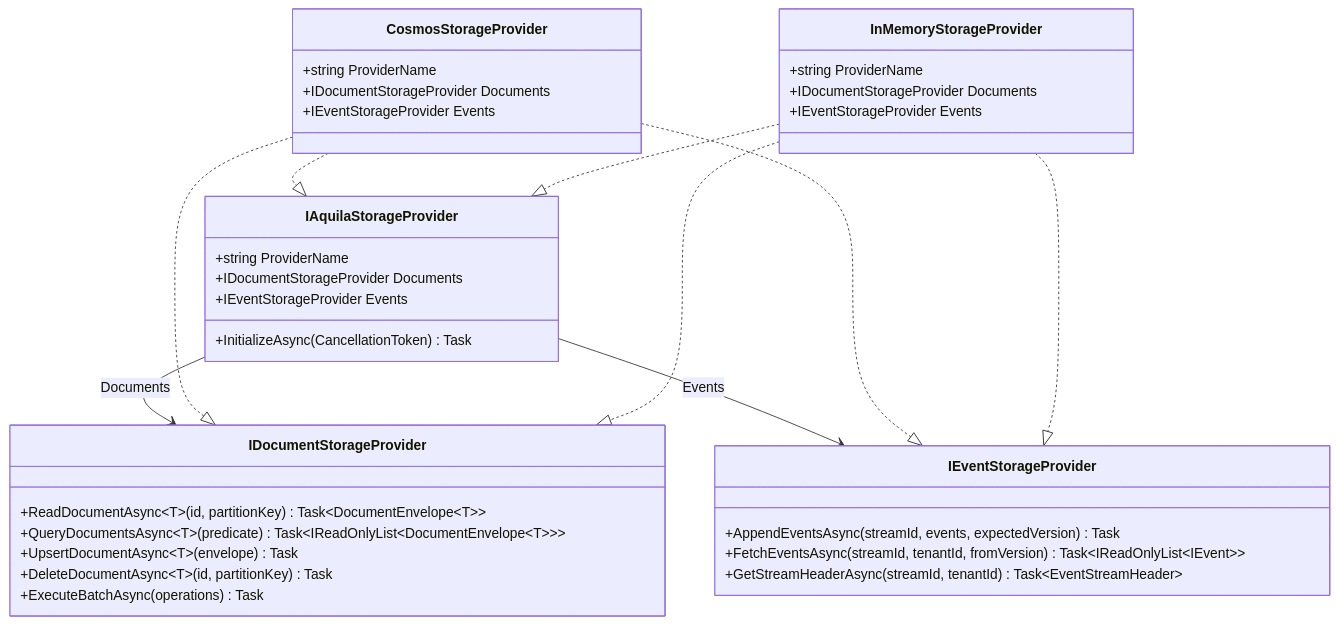
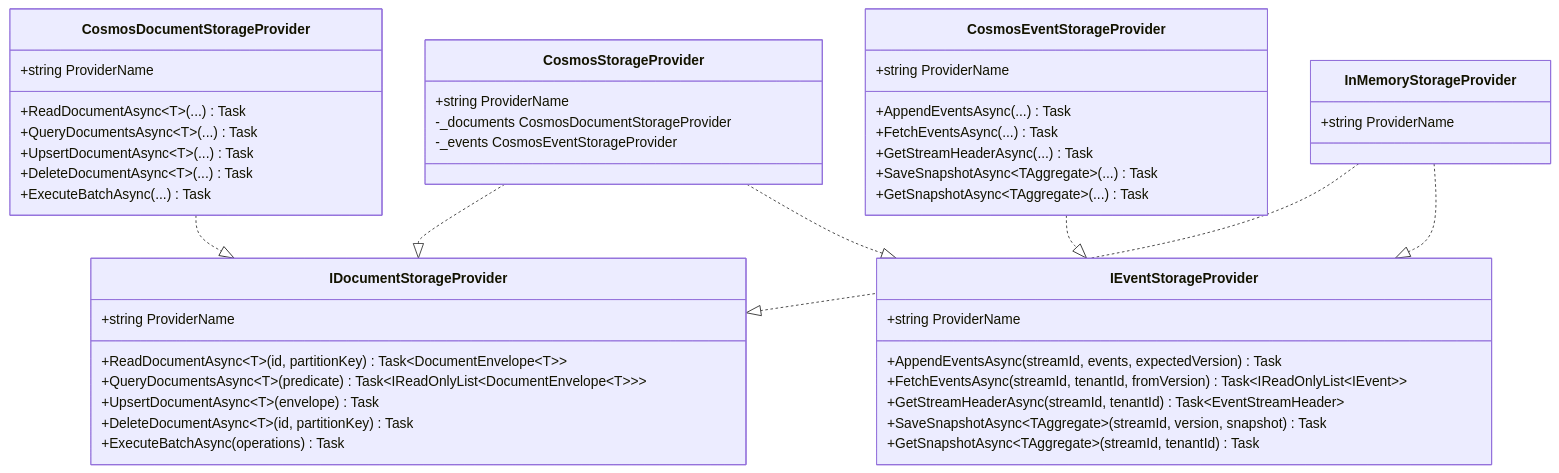
One commit to chadahoochie/Aquila changed the first of 6 diagrams in ARCHITECTURE.md. Above: the diagram before and after it, drawn with Mermaid. The commit also changed other lines of this file and 5 other files, not shown here.

````diff
--- a/ARCHITECTURE.md
+++ b/ARCHITECTURE.md
@@ -53,40 +53,50 @@
 ```mermaid
 classDiagram
-    class IAquilaStorageProvider {
+    class IDocumentStorageProvider {
         +string ProviderName
-        +IDocumentStorageProvider Documents
-        +IEventStorageProvider Events
-        +InitializeAsync(CancellationToken) Task
-    }
-    class IDocumentStorageProvider {
         +ReadDocumentAsync~T~(id, partitionKey) Task~DocumentEnvelope~T~~
         +QueryDocumentsAsync~T~(predicate) Task~IReadOnlyList~DocumentEnvelope~T~~~
         +UpsertDocumentAsync~T~(envelope) Task
         +DeleteDocumentAsync~T~(id, partitionKey) Task
         +ExecuteBatchAsync(operations) Task
     }
     class IEventStorageProvider {
+        +string ProviderName
         +AppendEventsAsync(streamId, events, expectedVersion) Task
         +FetchEventsAsync(streamId, tenantId, fromVersion) Task~IReadOnlyList~IEvent~~
         +GetStreamHeaderAsync(streamId, tenantId) Task~EventStreamHeader~
+        +SaveSnapshotAsync~TAggregate~(streamId, version, snapshot) Task
+        +GetSnapshotAsync~TAggregate~(streamId, tenantId) Task
+    }
+    class CosmosDocumentStorageProvider {
+        +string ProviderName
+        +ReadDocumentAsync~T~(...) Task
+        +QueryDocumentsAsync~T~(...) Task
+        +UpsertDocumentAsync~T~(...) Task
+        +DeleteDocumentAsync~T~(...) Task
+        +ExecuteBatchAsync(...) Task
+    }
+    class CosmosEventStorageProvider {
+        +string ProviderName
+        +AppendEventsAsync(...) Task
+        +FetchEventsAsync(...) Task
+        +GetStreamHeaderAsync(...) Task
+        +SaveSnapshotAsync~TAggregate~(...) Task
+        +GetSnapshotAsync~TAggregate~(...) Task
     }
     class CosmosStorageProvider {
         +string ProviderName
-        +IDocumentStorageProvider Documents
-        +IEventStorageProvider Events
+        -_documents CosmosDocumentStorageProvider
+        -_events CosmosEventStorageProvider
     }
     class InMemoryStorageProvider {
         +string ProviderName
-        +IDocumentStorageProvider Documents
-        +IEventStorageProvider Events
     }
 
-    IAquilaStorageProvider --> IDocumentStorageProvider : Documents
-    IAquilaStorageProvider --> IEventStorageProvider : Events
-    CosmosStorageProvider ..|> IAquilaStorageProvider
+    CosmosDocumentStorageProvider ..|> IDocumentStorageProvider
+    CosmosEventStorageProvider ..|> IEventStorageProvider
     CosmosStorageProvider ..|> IDocumentStorageProvider
     CosmosStorageProvider ..|> IEventStorageProvider
-    InMemoryStorageProvider ..|> IAquilaStorageProvider
     InMemoryStorageProvider ..|> IDocumentStorageProvider
     InMemoryStorageProvider ..|> IEventStorageProvider
 ```
````
